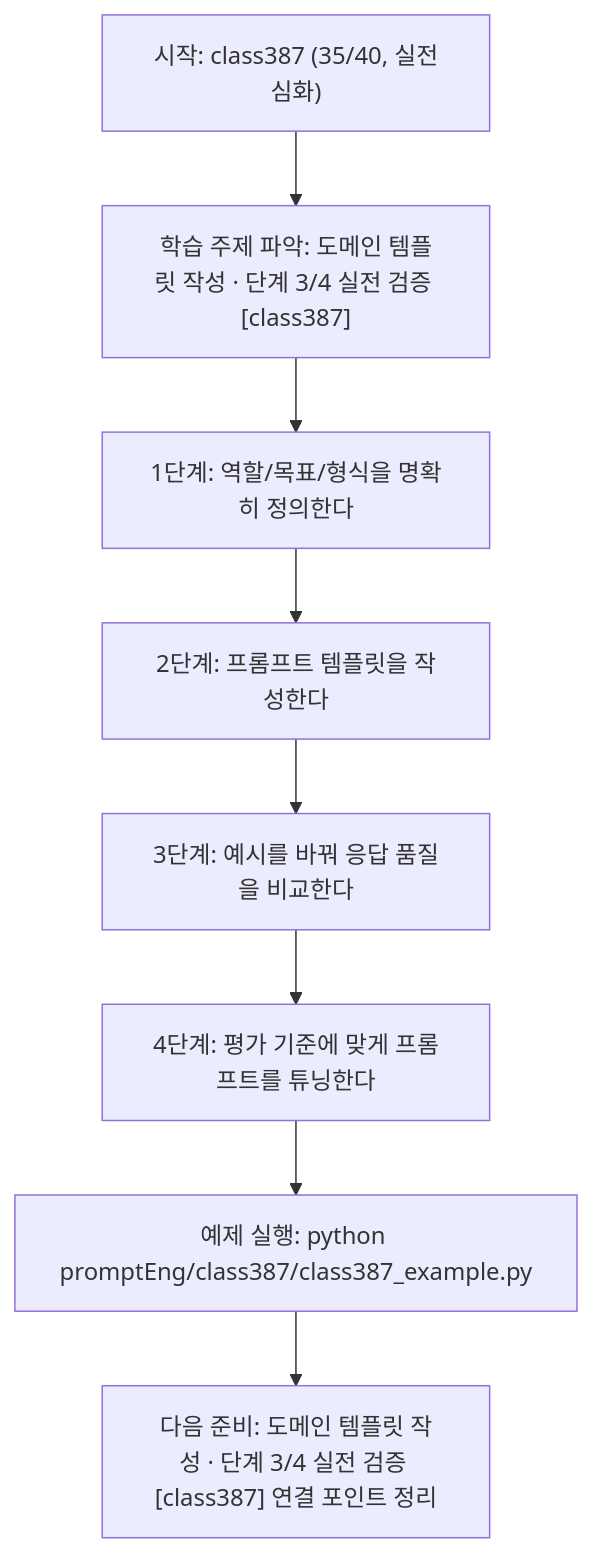
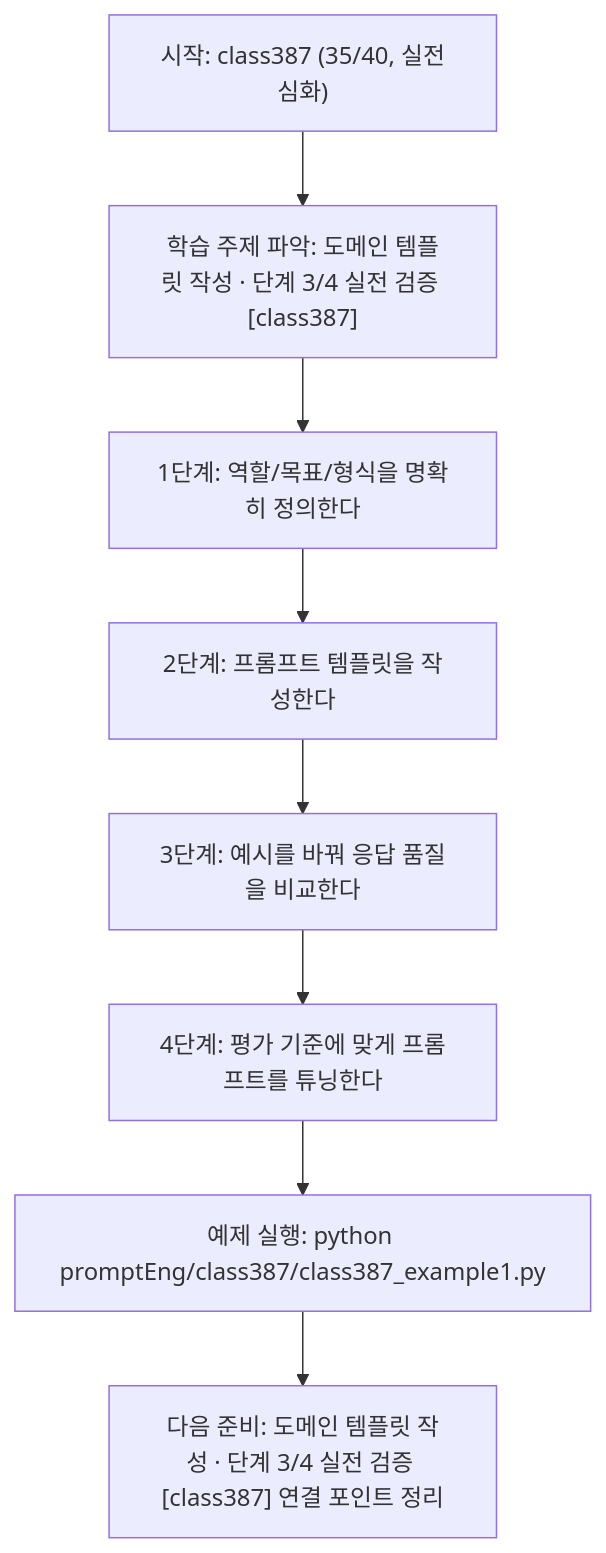
Before and after one commit to edumgt/Python-AI_Agent-Class: the diagram in promptEng/class387/class387.md, drawn with Mermaid. The commit also changed other lines of this file and 2959 other files, not shown here.

````diff
--- a/promptEng/class387/class387.md
+++ b/promptEng/class387/class387.md
@@ -110,18 +110,18 @@
 ```mermaid
 flowchart TD
 N1["시작: class387 (35/40, 실전심화)"]
 N2["학습 주제 파악: 도메인 템플릿 작성 · 단계 3/4 실전 검증 [class387]"]
 N3["1단계: 역할/목표/형식을 명확히 정의한다"]
 N4["2단계: 프롬프트 템플릿을 작성한다"]
 N5["3단계: 예시를 바꿔 응답 품질을 비교한다"]
 N6["4단계: 평가 기준에 맞게 프롬프트를 튜닝한다"]
-N7["예제 실행: python promptEng/class387/class387_example.py"]
+N7["예제 실행: python promptEng/class387/class387_example1.py"]
 N8["다음 준비: 도메인 템플릿 작성 · 단계 3/4 실전 검증 [class387] 연결 포인트 정리"]
 N1 --> N2
 N2 --> N3
 N3 --> N4
 N4 --> N5
 N5 --> N6
 N6 --> N7
 N7 --> N8
 ```
````
